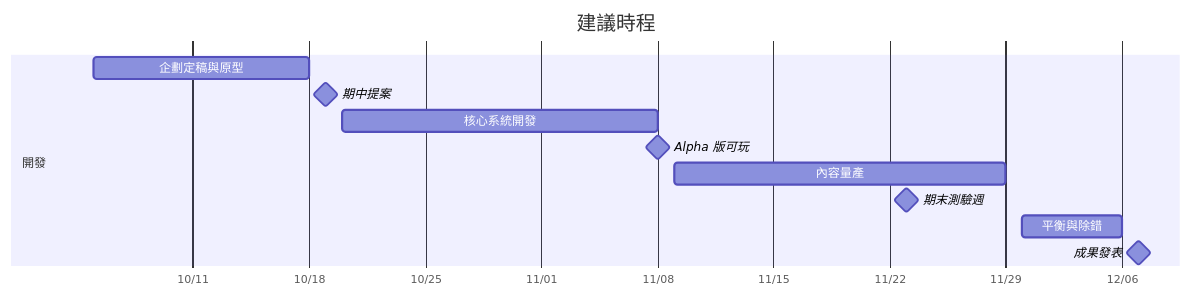
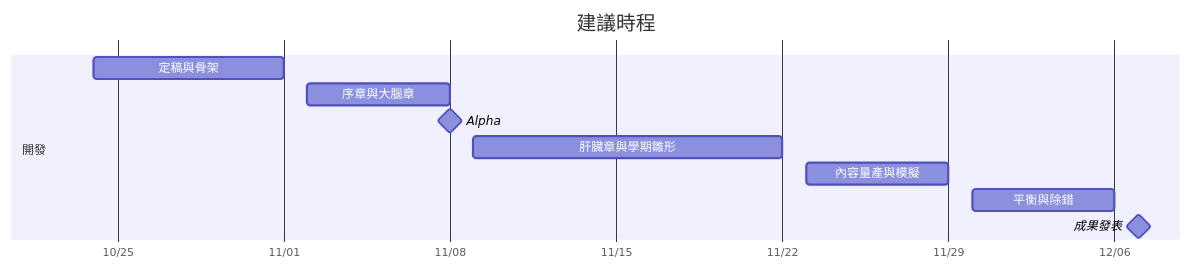
The diagram in docs/design-doc.md (115-1-NTNU-Game-Programming-POLS/body-inc), drawn with Mermaid before and after one commit. The commit also changed other lines of this file and 1 other file, not shown here.

````diff
--- a/docs/design-doc.md
+++ b/docs/design-doc.md
@@ -501,15 +1153,14 @@
 ```mermaid
 gantt
   title 建議時程
   dateFormat YYYY-MM-DD
   axisFormat %m/%d
   section 開發
-  企劃定稿與原型 :2026-10-05, 2026-10-18
-  期中提案 :milestone, 2026-10-19, 0d
-  核心系統開發 :2026-10-20, 2026-11-08
-  Alpha 版可玩 :milestone, 2026-11-08, 0d
-  內容量產 :2026-11-09, 2026-11-29
-  期末測驗週 :milestone, 2026-11-23, 0d
+  定稿與骨架 :2026-10-24, 2026-11-01
+  序章與大腦章 :2026-11-02, 2026-11-08
+  Alpha :milestone, 2026-11-08, 0d
+  肝臟章與學期雛形 :2026-11-09, 2026-11-22
+  內容量產與模擬 :2026-11-23, 2026-11-29
   平衡與除錯 :2026-11-30, 2026-12-06
   成果發表 :milestone, 2026-12-07, 0d
 ```
````
